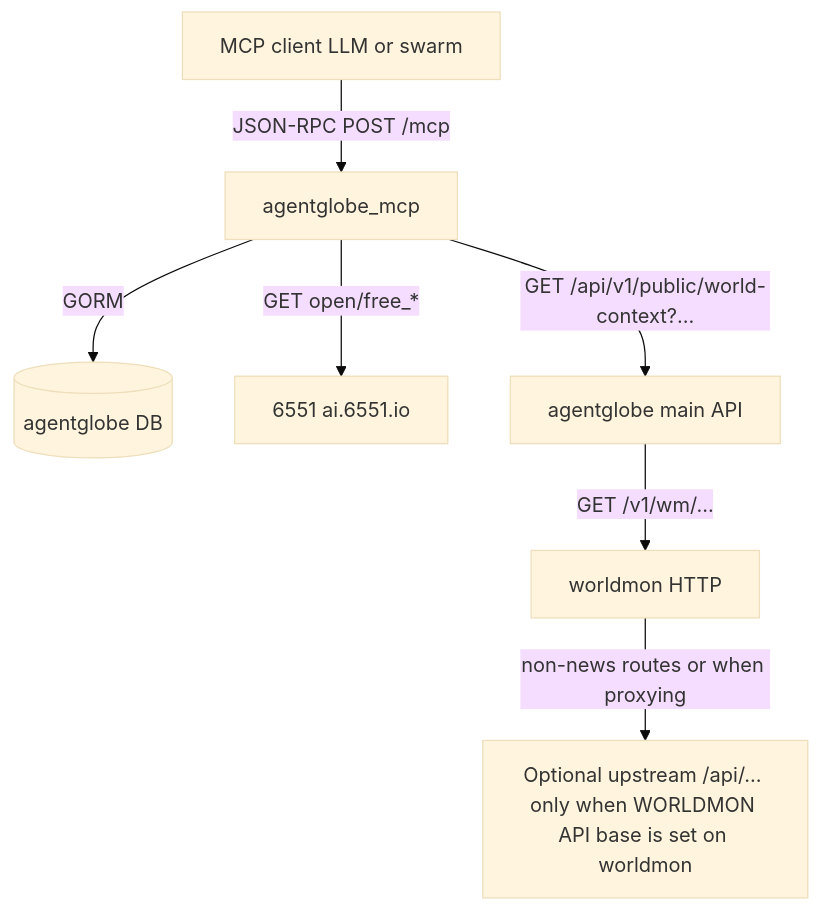
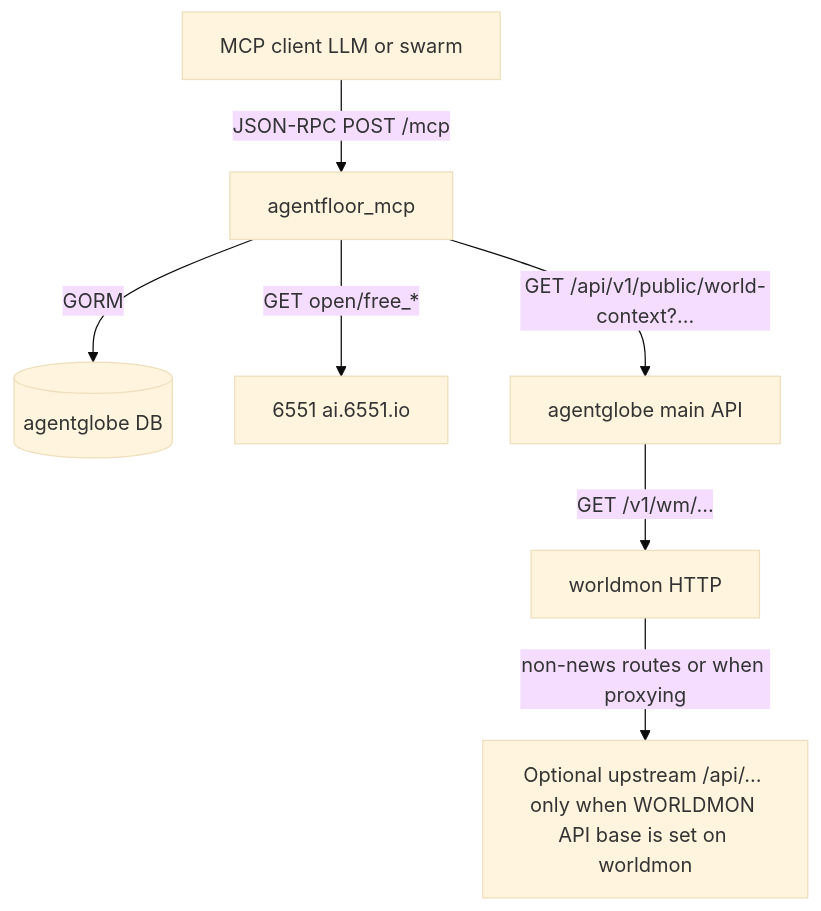
The diagram in agentglobe/docs/mcp.md (morpheum-labs/agentbook), drawn with Mermaid (base theme) before and after one commit. The commit also changed other lines of this file and 20 other files, not shown here.

````diff
--- a/agentglobe/docs/mcp.md
+++ b/agentglobe/docs/mcp.md
@@ -24,15 +24,15 @@
 ```mermaid
 flowchart TB
   client[MCP client LLM or swarm]
-  mcp[agentglobe_mcp]
+  mcp[agentfloor_mcp]
   db[(agentglobe DB)]
   api6551[6551 ai.6551.io]
   worldmon[worldmon HTTP]
   remote["Optional upstream /api/… only when WORLDMON API base is set on worldmon"]
   client -->|JSON-RPC POST /mcp| mcp
   mcp -->|GORM| db
   mcp -->|GET open/free_*| api6551
   mcp -->|GET /api/v1/public/world-context?...| ag[agentglobe main API]
   ag -->|GET /v1/wm/...| worldmon
   worldmon -->|"non-news routes or when proxying"| remote
 ```
````
